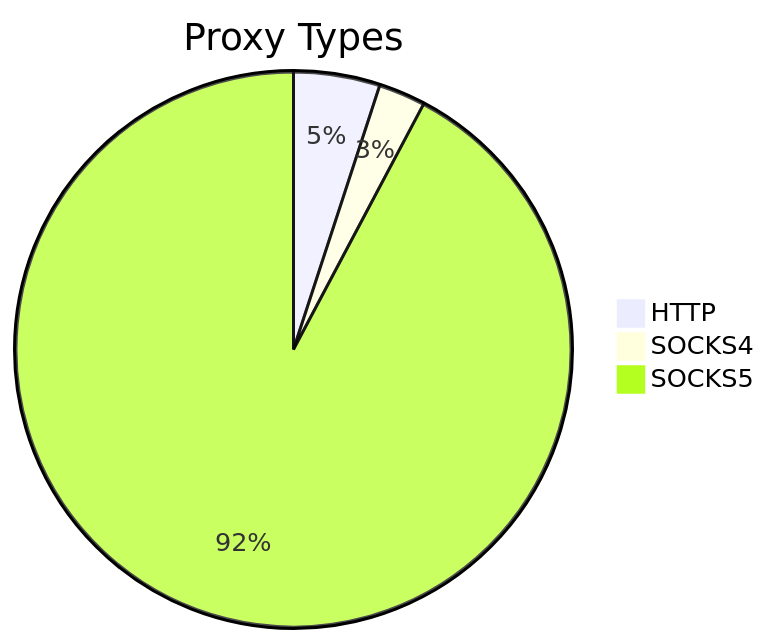
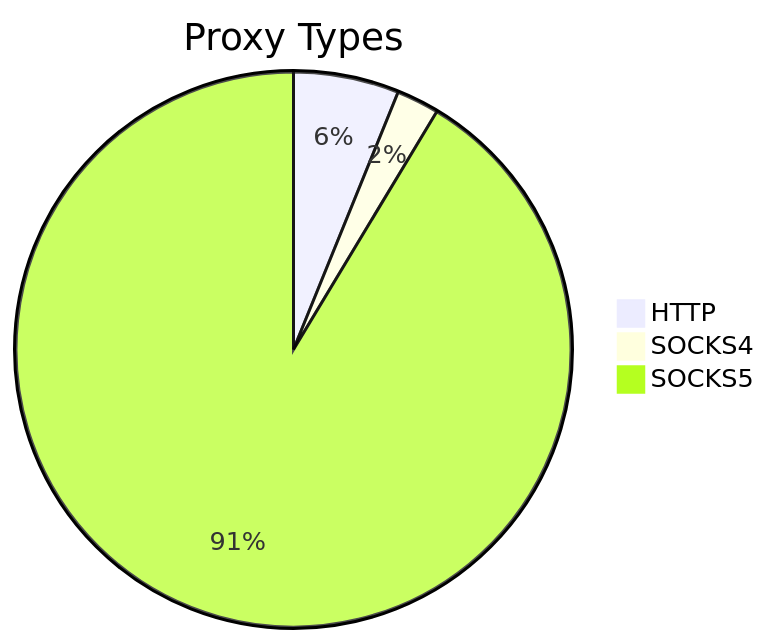
The first of 2 diagrams in README.md (stormsia/proxy-list), drawn with Mermaid before and after one commit. The commit also changed other lines of this file, not shown here.

````diff
--- a/README.md
+++ b/README.md
@@ -21,6 +21,6 @@
 ```mermaid
 pie title Proxy Types
-    "HTTP" : 90
-    "SOCKS4" : 49
-    "SOCKS5" : 1652
+    "HTTP" : 89
+    "SOCKS4" : 36
+    "SOCKS5" : 1323
 ```
````
